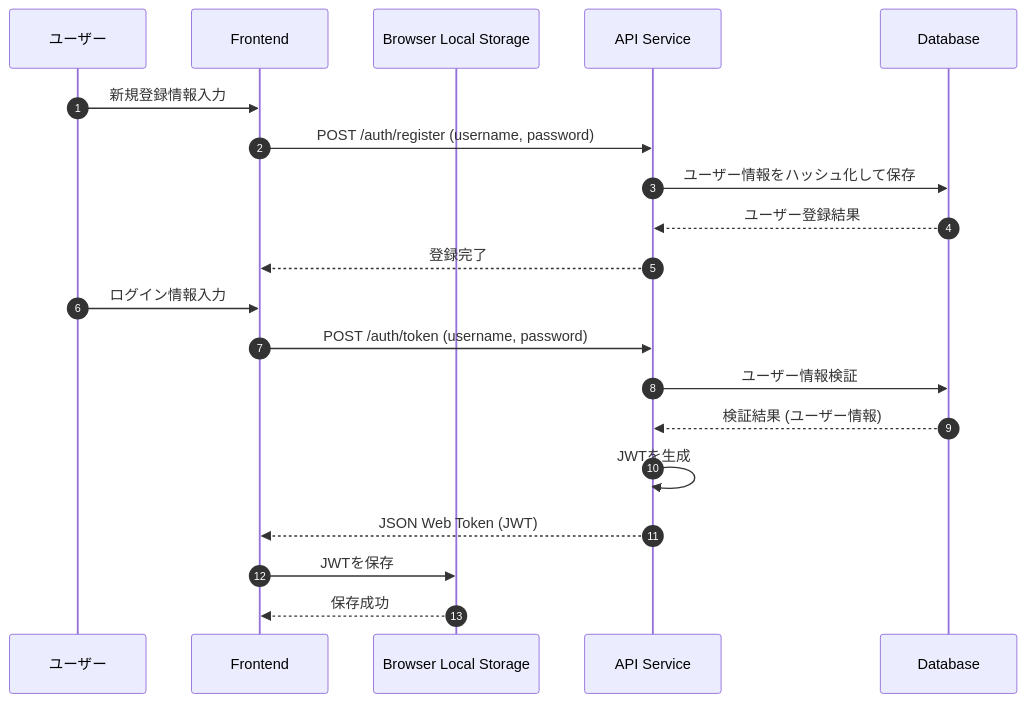
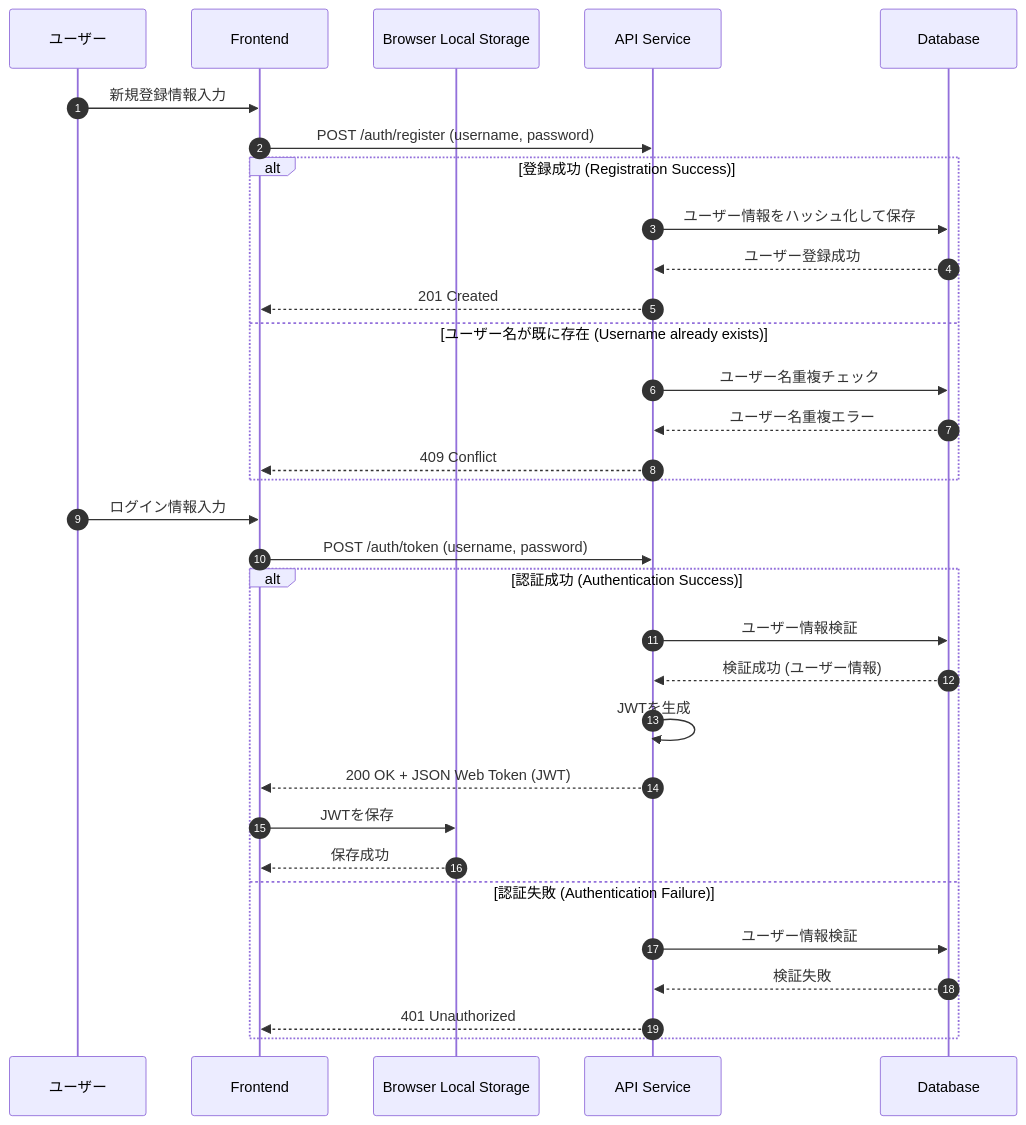
Before and after one commit to vdslab/LLMGraphvis: the diagram in specification/Authentication.md, drawn with Mermaid. The commit also changed 6 other files, not shown here.

````diff
--- a/specification/Authentication.md
+++ b/specification/Authentication.md
@@ -9,26 +9,40 @@
 ```mermaid
 sequenceDiagram
     autonumber
     participant U as ユーザー
     participant F as Frontend
     participant LS as Browser Local Storage
     participant B as API Service
     participant DB as Database
 
     %% User Registration
     U->>F: 新規登録情報入力
     F->>B: POST /auth/register (username, password)
-    B->>DB: ユーザー情報をハッシュ化して保存
-    DB-->>B: ユーザー登録結果
-    B-->>F: 登録完了
+    
+    alt 登録成功 (Registration Success)
+        B->>DB: ユーザー情報をハッシュ化して保存
+        DB-->>B: ユーザー登録成功
+        B-->>F: 201 Created
+    else ユーザー名が既に存在 (Username already exists)
+        B->>DB: ユーザー名重複チェック
+        DB-->>B: ユーザー名重複エラー
+        B-->>F: 409 Conflict
+    end
 
     %% User Login
     U->>F: ログイン情報入力
     F->>B: POST /auth/token (username, password)
-    B->>DB: ユーザー情報検証
-    DB-->>B: 検証結果 (ユーザー情報)
-    B->>B: JWTを生成
-    B-->>F: JSON Web Token (JWT)
-    F->>LS: JWTを保存
-    LS-->>F: 保存成功
+
+    alt 認証成功 (Authentication Success)
+        B->>DB: ユーザー情報検証
+        DB-->>B: 検証成功 (ユーザー情報)
+        B->>B: JWTを生成
+        B-->>F: 200 OK + JSON Web Token (JWT)
+        F->>LS: JWTを保存
+        LS-->>F: 保存成功
+    else 認証失敗 (Authentication Failure)
+        B->>DB: ユーザー情報検証
+        DB-->>B: 検証失敗
+        B-->>F: 401 Unauthorized
+    end
 ```
````
